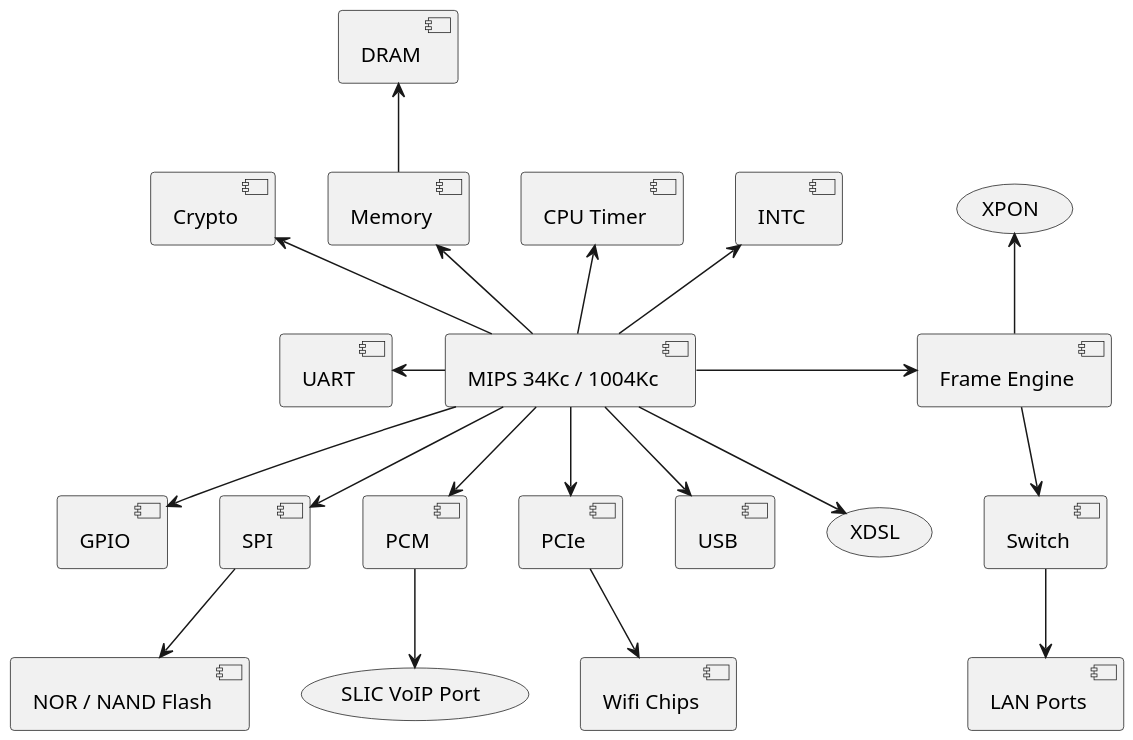
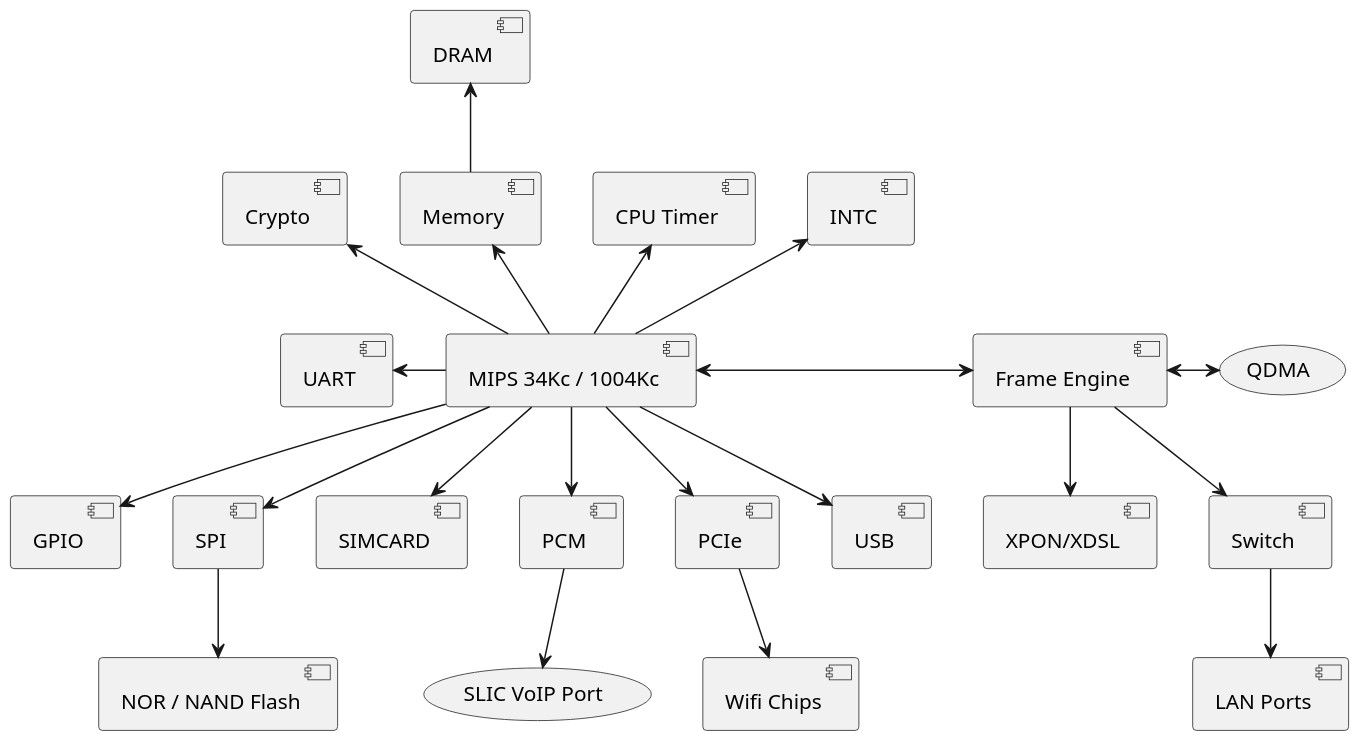
Before and after one commit to cjdelisle/econet-linux-wiki: the diagram in hardware.md, drawn with PlantUML. The commit also changed other lines of this file, not shown here.

Commit message:
docs: update hardware

````diff
--- a/hardware.md
+++ b/hardware.md
@@ -14,31 +14,32 @@
 ```plantuml
 ' Internal stuff
 [MIPS 34Kc / 1004Kc] -up-> [INTC]
 [MIPS 34Kc / 1004Kc] -up-> [CPU Timer]
 [MIPS 34Kc / 1004Kc] -up-> [Memory]
 [Memory] -up-> [DRAM]
 [MIPS 34Kc / 1004Kc] -up-> [Crypto]
 
 [MIPS 34Kc / 1004Kc] -left-> [UART]
 
 ' Interfaces
 [MIPS 34Kc / 1004Kc] --> [GPIO]
 [MIPS 34Kc / 1004Kc] --> [SPI]
+[MIPS 34Kc / 1004Kc] --> [SIMCARD]
 [SPI] --> [NOR / NAND Flash]
 [MIPS 34Kc / 1004Kc] --> [PCM]
 [PCM] --> (SLIC VoIP Port)
 [MIPS 34Kc / 1004Kc] --> [PCIe]
 [PCIe] --> [Wifi Chips]
 [MIPS 34Kc / 1004Kc] --> [USB]
-[MIPS 34Kc / 1004Kc] --> (XDSL)
 
 ' Frame Engine stuff
-[MIPS 34Kc / 1004Kc] -right-> [Frame Engine]
-[Frame Engine] -up-> (XPON)
+[MIPS 34Kc / 1004Kc] <-right-> [Frame Engine]
+[Frame Engine] -down-> [XPON/XDSL]
+[Frame Engine] <-right-> (QDMA)
 [Frame Engine] --> [Switch]
 [Switch] --> [LAN Ports]
 
 ' Optional: Adjust layout for clarity
 skinparam monochrome true
 skinparam dpi 150
 ```
````
